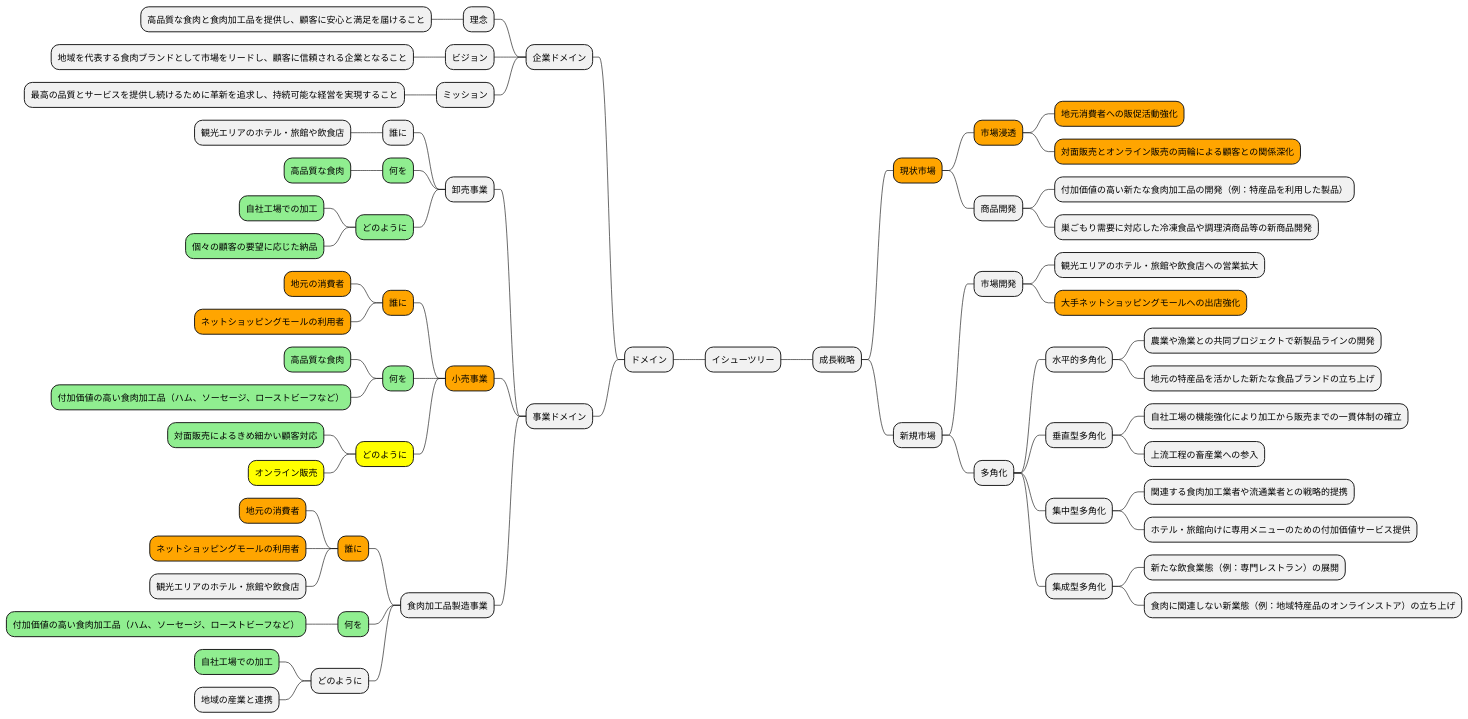
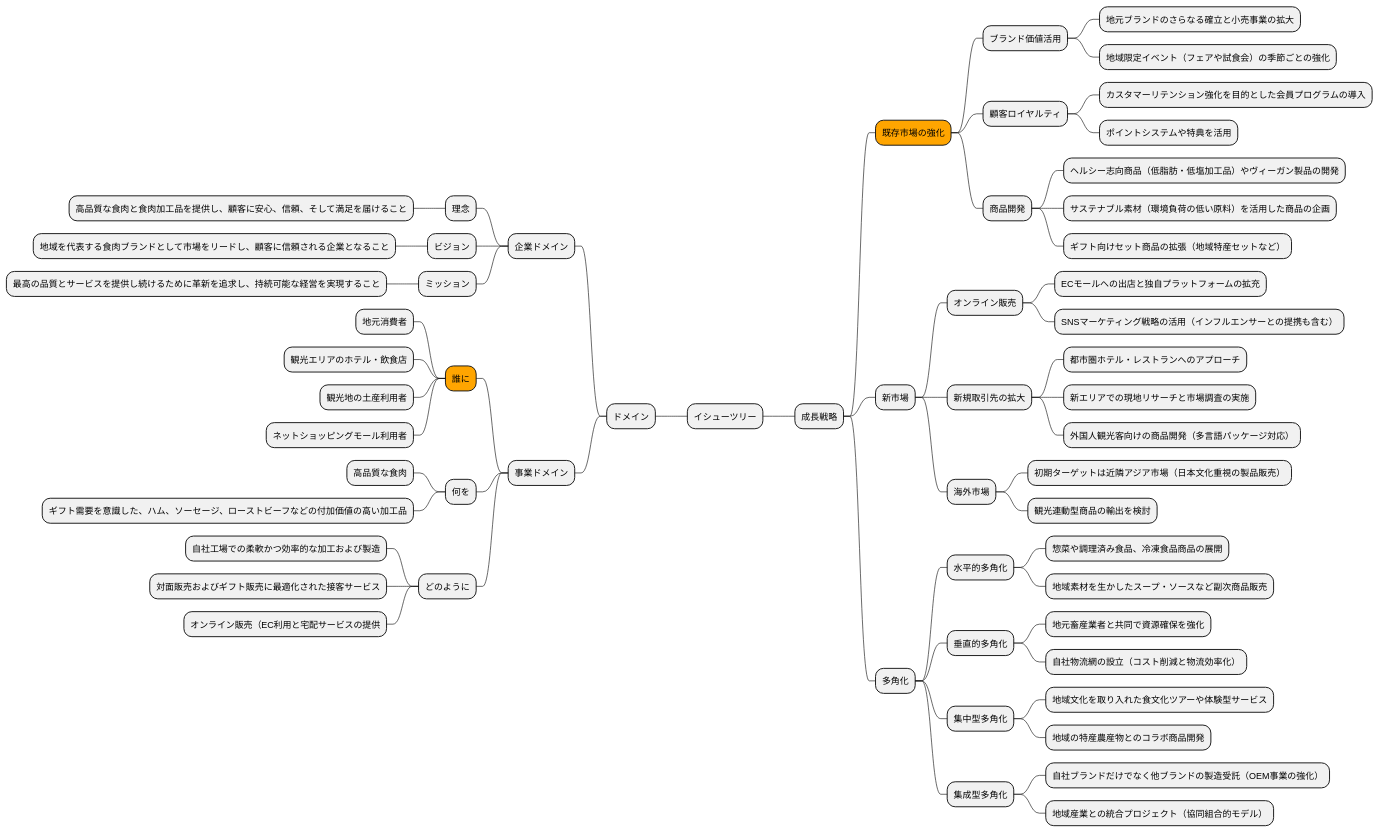
The seventh of 19 diagrams in docs/case/r04_case_2.adoc (k2works/case-study-business-analysis), drawn with PlantUML before and after one commit. The commit also changed other lines of this file, not shown here.

```diff
--- a/docs/case/r04_case_2.adoc
+++ b/docs/case/r04_case_2.adoc
@@ -280,69 +313,66 @@
 [plantuml]
 ----
 @startmindmap
 * イシューツリー
--- ドメイン
---- 企業ドメイン
----- 理念
------ 高品質な食肉と食肉加工品を提供し、顧客に安心と満足を届けること
----- ビジョン
------ 地域を代表する食肉ブランドとして市場をリードし、顧客に信頼される企業となること
----- ミッション
------ 最高の品質とサービスを提供し続けるために革新を追求し、持続可能な経営を実現すること
---- 事業ドメイン
----- 卸売事業
------ 誰に
------- 観光エリアのホテル・旅館や飲食店
------[#lightgreen] 何を
-------[#lightgreen] 高品質な食肉
------[#lightgreen] どのように
-------[#lightgreen] 自社工場での加工
-------[#lightgreen]  個々の顧客の要望に応じた納品
-----[#orange] 小売事業
------[#orange] 誰に
-------[#orange] 地元の消費者
-------[#orange] ネットショッピングモールの利用者
------[#lightgreen] 何を
-------[#lightgreen] 高品質な食肉
-------[#lightgreen]  付加価値の高い食肉加工品（ハム、ソーセージ、ローストビーフなど）
------[#yellow] どのように
-------[#lightgreen]  対面販売によるきめ細かい顧客対応
-------[#yellow] オンライン販売
----- 食肉加工品製造事業
------[#orange] 誰に
-------[#orange] 地元の消費者
-------[#orange] ネットショッピングモールの利用者
------- 観光エリアのホテル・旅館や飲食店
------[#lightgreen] 何を
-------[#lightgreen] 付加価値の高い食肉加工品（ハム、ソーセージ、ローストビーフなど）
------ どのように
-------[#lightgreen] 自社工場での加工
------- 地域の産業と連携
+left side
+** ドメイン
+*** 企業ドメイン
+**** 理念
+***** 高品質な食肉と食肉加工品を提供し、顧客に安心、信頼、そして満足を届けること
+**** ビジョン
+***** 地域を代表する食肉ブランドとして市場をリードし、顧客に信頼される企業となること
+**** ミッション
+***** 最高の品質とサービスを提供し続けるために革新を追求し、持続可能な経営を実現すること
+*** 事業ドメイン
+****[#orange] 誰に
+***** 地元消費者
+***** 観光エリアのホテル・飲食店
+***** 観光地の土産利用者
+***** ネットショッピングモール利用者
+**** 何を
+***** 高品質な食肉
+***** ギフト需要を意識した、ハム、ソーセージ、ローストビーフなどの付加価値の高い加工品
+**** どのように
+***** 自社工場での柔軟かつ効率的な加工および製造
+***** 対面販売およびギフト販売に最適化された接客サービス
+***** オンライン販売（EC利用と宅配サービスの提供
+right side
+** 成長戦略
+***[#orange] 既存市場の強化
+**** ブランド価値活用
+***** 地元ブランドのさらなる確立と小売事業の拡大
+***** 地域限定イベント（フェアや試食会）の季節ごとの強化
+**** 顧客ロイヤルティ
+***** カスタマーリテンション強化を目的とした会員プログラムの導入
+***** ポイントシステムや特典を活用
+**** 商品開発
+***** ヘルシー志向商品（低脂肪・低塩加工品）やヴィーガン製品の開発
+***** サステナブル素材（環境負荷の低い原料）を活用した商品の企画
+***** ギフト向けセット商品の拡張（地域特産セットなど）
+*** 新市場
+**** オンライン販売
+***** ECモールへの出店と独自プラットフォームの拡充
+***** SNSマーケティング戦略の活用（インフルエンサーとの提携も含む）
+**** 新規取引先の拡大
+***** 都市圏ホテル・レストランへのアプローチ
+***** 新エリアでの現地リサーチと市場調査の実施
+***** 外国人観光客向けの商品開発（多言語パッケージ対応）
+**** 海外市場
+***** 初期ターゲットは近隣アジア市場（日本文化重視の製品販売）
+***** 観光連動型商品の輸出を検討
+*** 多角化
+**** 水平的多角化
+***** 惣菜や調理済み食品、冷凍食品商品の展開
+***** 地域素材を生かしたスープ・ソースなど副次商品販売
+**** 垂直的多角化
+***** 地元畜産業者と共同で資源確保を強化
+***** 自社物流網の設立（コスト削減と物流効率化）
+**** 集中型多角化
+***** 地域文化を取り入れた食文化ツアーや体験型サービス
+***** 地域の特産農産物とのコラボ商品開発
+**** 集成型多角化
+***** 自社ブランドだけでなく他ブランドの製造受託（OEM事業の強化）
+***** 地域産業との統合プロジェクト（協同組合的モデル）
 
-** 成長戦略
-***[#orange] 現状市場
-****[#orange] 市場浸透
-*****[#orange] 地元消費者への販促活動強化
-*****[#orange] 対面販売とオンライン販売の両輪による顧客との関係深化
-**** 商品開発
-***** 付加価値の高い新たな食肉加工品の開発（例：特産品を利用した製品）
-***** 巣ごもり需要に対応した冷凍食品や調理済商品等の新商品開発
-*** 新規市場
-**** 市場開発
-***** 観光エリアのホテル・旅館や飲食店への営業拡大
-*****[#orange] 大手ネットショッピングモールへの出店強化
-**** 多角化
-***** 水平的多角化
-****** 農業や漁業との共同プロジェクトで新製品ラインの開発
-****** 地元の特産品を活かした新たな食品ブランドの立ち上げ
-***** 垂直型多角化
-****** 自社工場の機能強化により加工から販売までの一貫体制の確立
-****** 上流工程の畜産業への参入
-***** 集中型多角化
-****** 関連する食肉加工業者や流通業者との戦略的提携
-****** ホテル・旅館向けに専用メニューのための付加価値サービス提供
-***** 集成型多角化
-****** 新たな飲食業態（例：専門レストラン）の展開
-****** 食肉に関連しない新業態（例：地域特産品のオンラインストア）の立ち上げ
 @endmindmap
 ----
```
